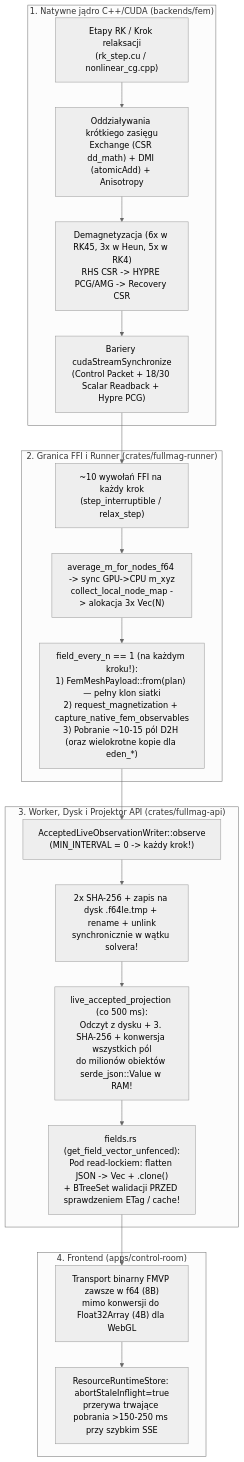
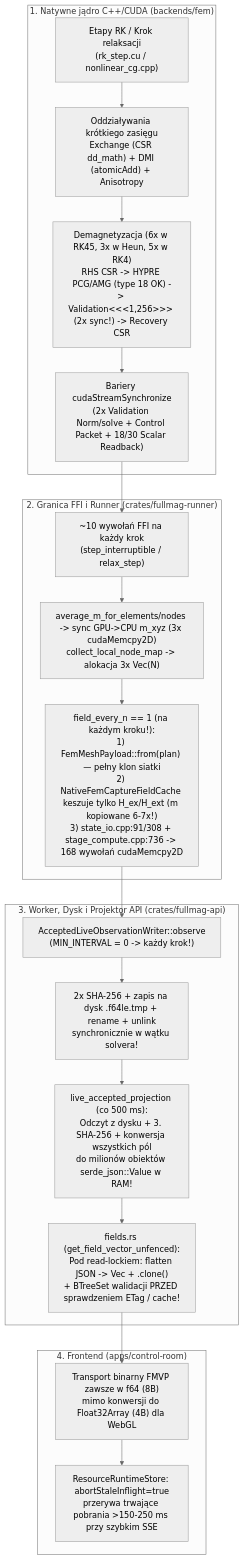
One commit to MateuszZelent/fullmag changed the diagram in docs/audits/2026-11-04-fem-cpu-gpu-solver-demag-and-data-transfer-performance-audit.md. Above: the diagram before and after it, drawn with Mermaid (neutral theme). The commit also changed other lines of this file and 12 other files, not shown here.

````diff
--- a/docs/audits/2026-11-04-fem-cpu-gpu-solver-demag-and-data-transfer-performance-audit.md
+++ b/docs/audits/2026-11-04-fem-cpu-gpu-solver-demag-and-data-transfer-performance-audit.md
@@ -45,35 +161,35 @@
 ```mermaid
 flowchart TD
     subgraph GPU_CPU_CORE["1. Natywne jądro C++/CUDA (backends/fem)"]
         A1["Etapy RK / Krok relaksacji<br/>(rk_step.cu / nonlinear_cg.cpp)"]
         A2["Oddziaływania krótkiego zasięgu<br/>Exchange (CSR dd_math) + DMI (atomicAdd) + Anisotropy"]
-        A3["Demagnetyzacja (6x w RK45, 3x w Heun, 5x w RK4)<br/>RHS CSR -> HYPRE PCG/AMG -> Recovery CSR"]
-        A4["Bariery cudaStreamSynchronize<br/>(Control Packet + 18/30 Scalar Readback + Hypre PCG)"]
+        A3["Demagnetyzacja (6x w RK45, 3x w Heun, 5x w RK4)<br/>RHS CSR -> HYPRE PCG/AMG (type 18 OK) -> Validation<<<1,256>>> (2x sync!) -> Recovery CSR"]
+        A4["Bariery cudaStreamSynchronize<br/>(2x Validation Norm/solve + Control Packet + 18/30 Scalar Readback)"]
         A1 --> A2 --> A3 --> A4
     end
 
     subgraph FFI_RUNNER["2. Granica FFI i Runner (crates/fullmag-runner)"]
         B1["~10 wywołań FFI na każdy krok<br/>(step_interruptible / relax_step)"]
-        B2["average_m_for_nodes_f64 -> sync GPU->CPU m_xyz<br/>collect_local_node_map -> alokacja 3x Vec(N)"]
-        B3["field_every_n == 1 (na każdym kroku!):<br/>1) FemMeshPayload::from(plan) — pełny klon siatki<br/>2) request_magnetization + capture_native_fem_observables<br/>3) Pobranie ~10-15 pól D2H (oraz wielokrotne kopie dla eden_*)"]
+        B2["average_m_for_elements/nodes -> sync GPU->CPU m_xyz (3x cudaMemcpy2D)<br/>collect_local_node_map -> alokacja 3x Vec(N)"]
+        B3["field_every_n == 1 (na każdym kroku!):<br/>1) FemMeshPayload::from(plan) — pełny klon siatki<br/>2) NativeFemCaptureFieldCache keszuje tylko H_ex/H_ext (m kopiowane 6-7x!)<br/>3) state_io.cpp:91/308 + stage_compute.cpp:736 -> 168 wywołań cudaMemcpy2D"]
         B1 --> B2 --> B3
     end
 
     subgraph WORKER_API["3. Worker, Dysk i Projektor API (crates/fullmag-api)"]
         C1["AcceptedLiveObservationWriter::observe<br/>(MIN_INTERVAL = 0 -> każdy krok!)"]
         C2["2x SHA-256 + zapis na dysk .f64le.tmp + rename + unlink<br/>synchronicznie w wątku solvera!"]
         C3["live_accepted_projection (co 500 ms):<br/>Odczyt z dysku + 3. SHA-256 + konwersja wszystkich pól<br/>do milionów obiektów serde_json::Value w RAM!"]
         C4["fields.rs (get_field_vector_unfenced):<br/>Pod read-lockiem: flatten JSON -> Vec<f64> + .clone()<br/>+ BTreeSet walidacji PRZED sprawdzeniem ETag / cache!"]
         C1 --> C2 --> C3 --> C4
     end
 
     subgraph FRONTEND["4. Frontend (apps/control-room)"]
         D1["Transport binarny FMVP zawsze w f64 (8B)<br/>mimo konwersji do Float32Array (4B) dla WebGL"]
         D2["ResourceRuntimeStore: abortStaleInflight=true<br/>przerywa trwające pobrania >150-250 ms przy szybkim SSE"]
         D1 --> D2
     end
 
     A4 --> B1
     B3 --> C1
     C4 --> D1
 ```
````
